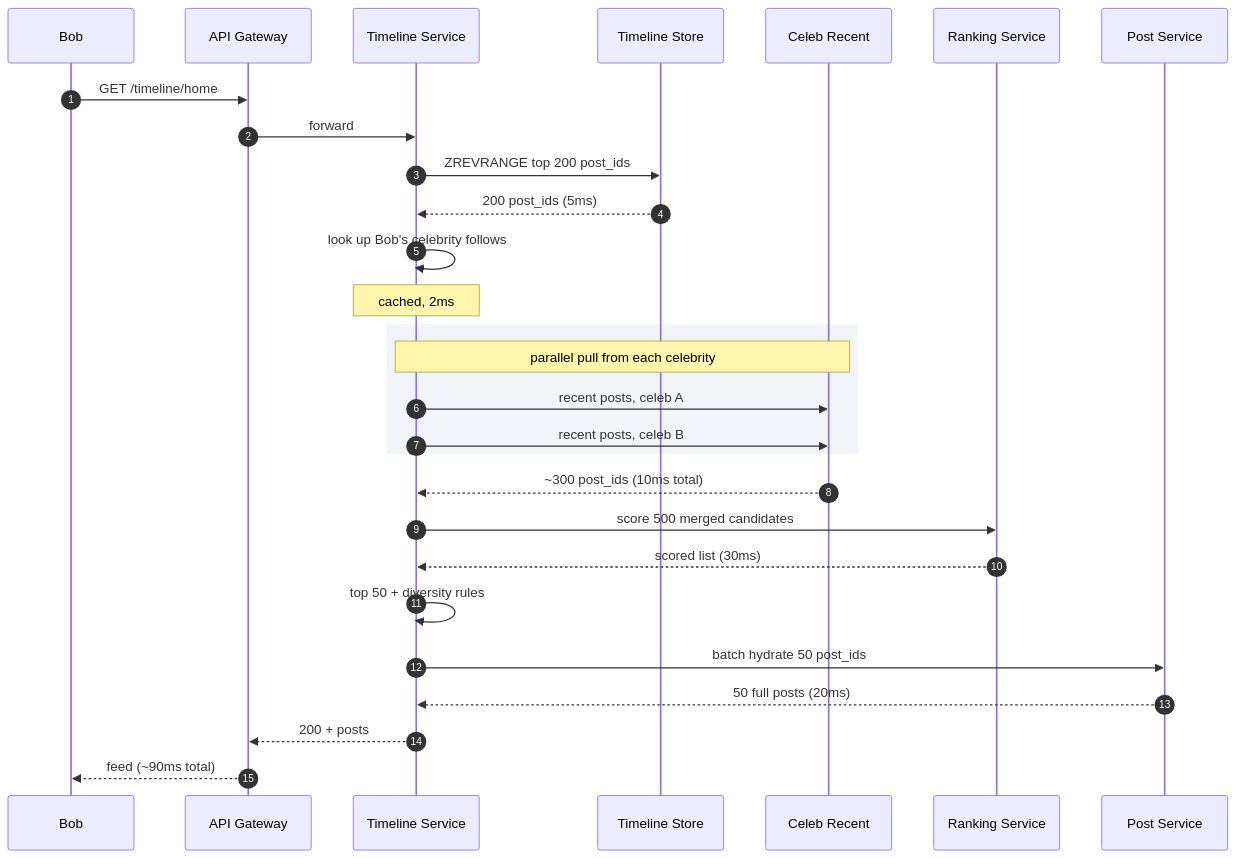
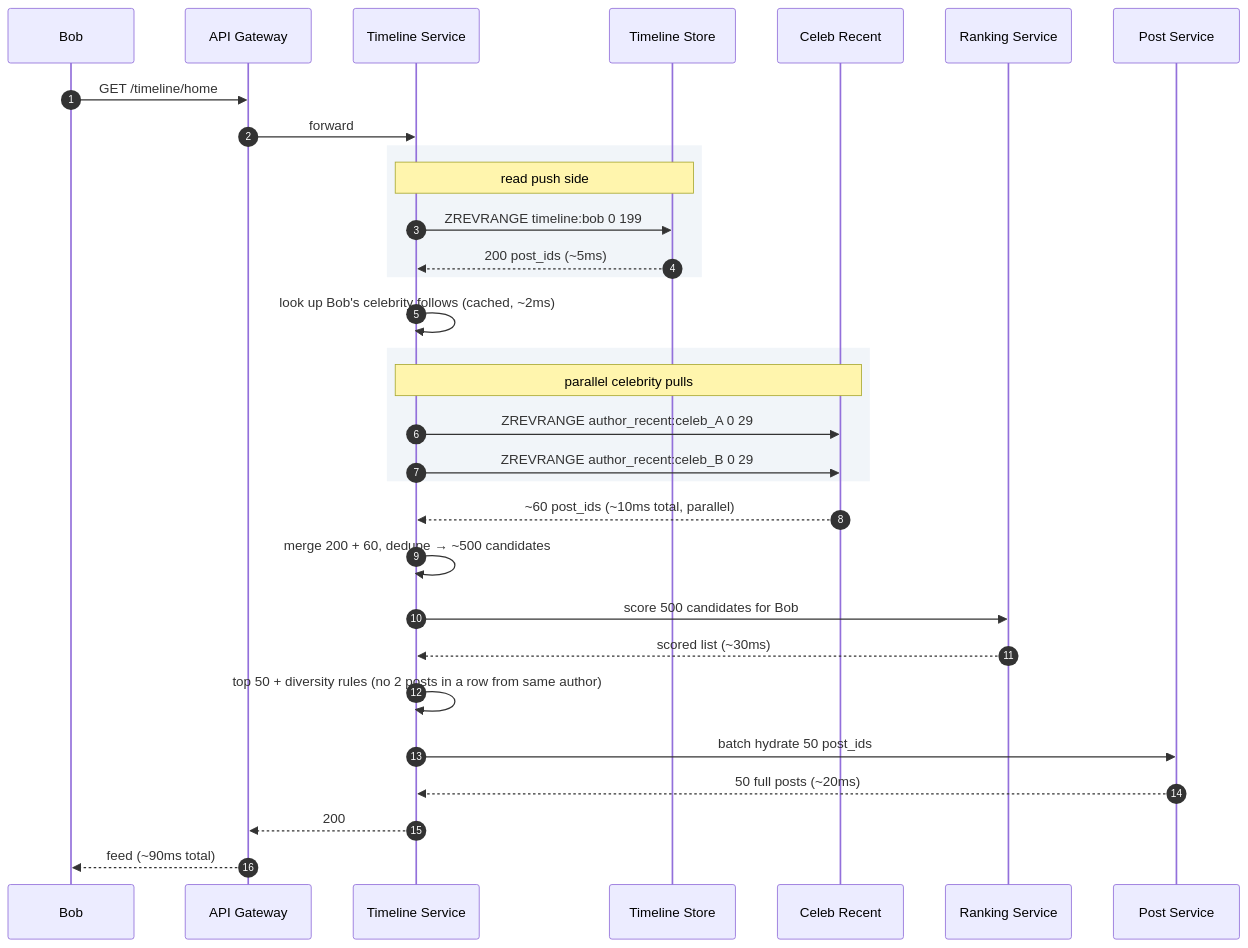
One commit to shiningflash/system-design changed the tenth of 11 diagrams in problems/002-news-feed/question.md. Above: the diagram before and after it, drawn with Mermaid. The commit also changed other lines of this file and 37 other files, not shown here.

````diff
--- a/problems/002-news-feed/question.md
+++ b/problems/002-news-feed/question.md
@@ -426,33 +406,38 @@
 ```mermaid
 sequenceDiagram
     autonumber
     participant Bob
     participant GW as API Gateway
     participant TSvc as Timeline Service
     participant TStore as Timeline Store
     participant CStore as Celeb Recent
     participant Ranker as Ranking Service
     participant PSvc as Post Service
 
     Bob->>GW: GET /timeline/home
     GW->>TSvc: forward
-    TSvc->>TStore: ZREVRANGE top 200 post_ids
-    TStore-->>TSvc: 200 post_ids (5ms)
-    TSvc->>TSvc: look up Bob's celebrity follows
-    Note over TSvc: cached, 2ms
 
     rect rgb(241, 245, 249)
-        Note over TSvc,CStore: parallel pull from each celebrity
-        TSvc->>CStore: recent posts, celeb A
-        TSvc->>CStore: recent posts, celeb B
+        Note over TSvc,TStore: read push side
+        TSvc->>TStore: ZREVRANGE timeline:bob 0 199
+        TStore-->>TSvc: 200 post_ids (~5ms)
     end
 
-    CStore-->>TSvc: ~300 post_ids (10ms total)
-    TSvc->>Ranker: score 500 merged candidates
-    Ranker-->>TSvc: scored list (30ms)
-    TSvc->>TSvc: top 50 + diversity rules
+    TSvc->>TSvc: look up Bob's celebrity follows (cached, ~2ms)
+
+    rect rgb(241, 245, 249)
+        Note over TSvc,CStore: parallel celebrity pulls
+        TSvc->>CStore: ZREVRANGE author_recent:celeb_A 0 29
+        TSvc->>CStore: ZREVRANGE author_recent:celeb_B 0 29
+    end
+
+    CStore-->>TSvc: ~60 post_ids (~10ms total, parallel)
+    TSvc->>TSvc: merge 200 + 60, dedupe → ~500 candidates
+    TSvc->>Ranker: score 500 candidates for Bob
+    Ranker-->>TSvc: scored list (~30ms)
+    TSvc->>TSvc: top 50 + diversity rules (no 2 posts in a row from same author)
     TSvc->>PSvc: batch hydrate 50 post_ids
-    PSvc-->>TSvc: 50 full posts (20ms)
-    TSvc-->>GW: 200 + posts
+    PSvc-->>TSvc: 50 full posts (~20ms)
+    TSvc-->>GW: 200
     GW-->>Bob: feed (~90ms total)
 ```
````
